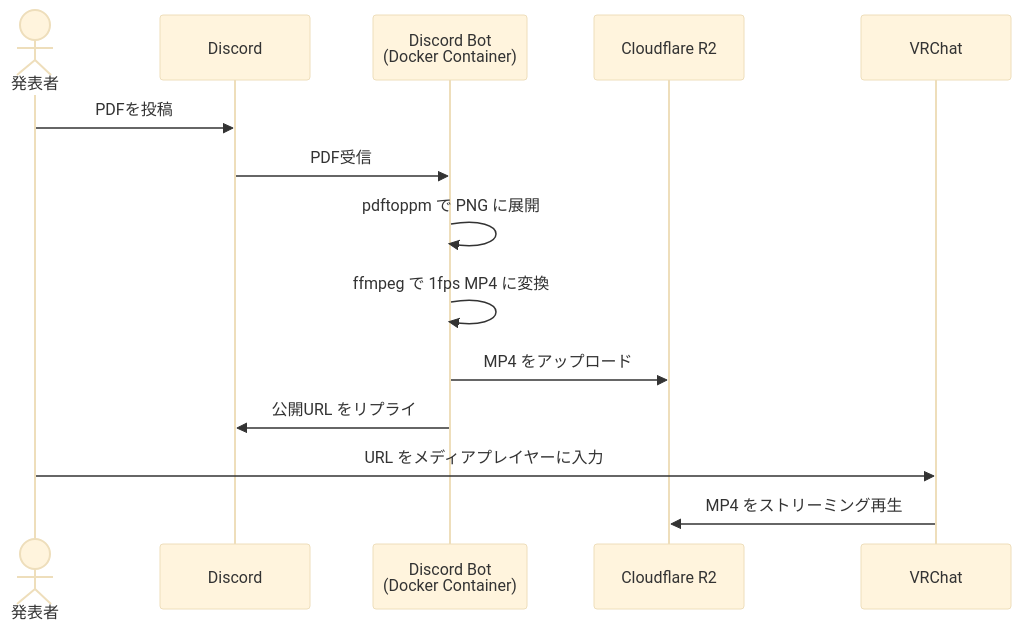
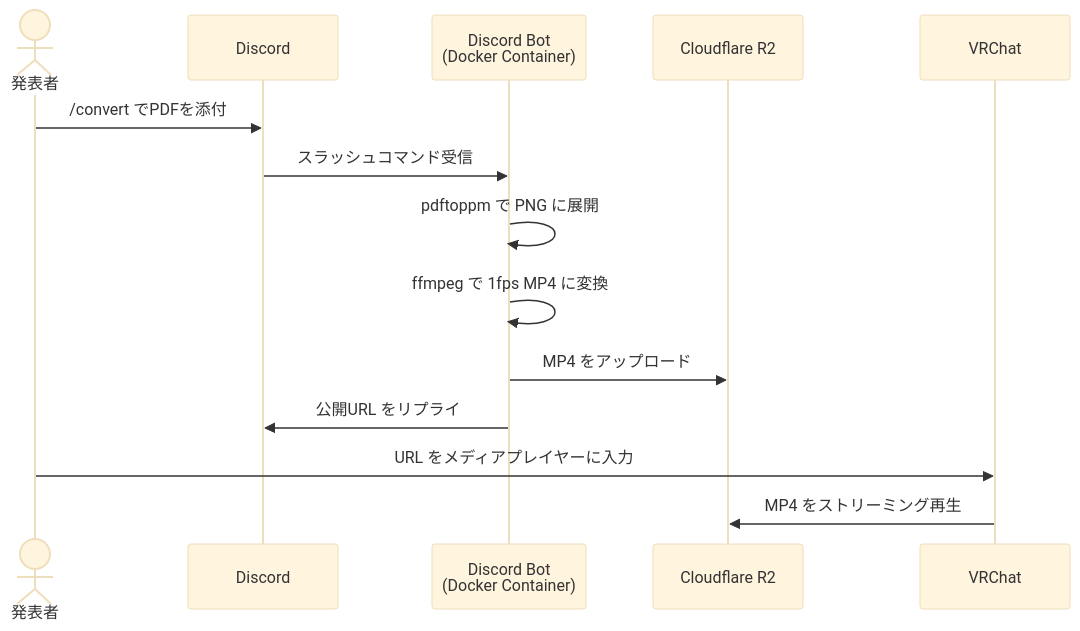
The diagram in README.md (yuzukq/VRC-LT-server), drawn with Mermaid (base theme) before and after one commit. The commit also changed other lines of this file and 2 other files, not shown here.

````diff
--- a/README.md
+++ b/README.md
@@ -9,17 +9,17 @@
 ```mermaid
 sequenceDiagram
     actor 発表者
     participant Discord
     participant Bot as Discord Bot<br/>(Docker Container)
     participant R2 as Cloudflare R2
     participant VRChat
 
-    発表者->>Discord: PDFを投稿
-    Discord->>Bot: PDF受信
+    発表者->>Discord: /convert でPDFを添付
+    Discord->>Bot: スラッシュコマンド受信
     Bot->>Bot: pdftoppm で PNG に展開
     Bot->>Bot: ffmpeg で 1fps MP4 に変換
     Bot->>R2: MP4 をアップロード
     Bot->>Discord: 公開URL をリプライ
     発表者->>VRChat: URL をメディアプレイヤーに入力
     VRChat->>R2: MP4 をストリーミング再生
 ```
````
